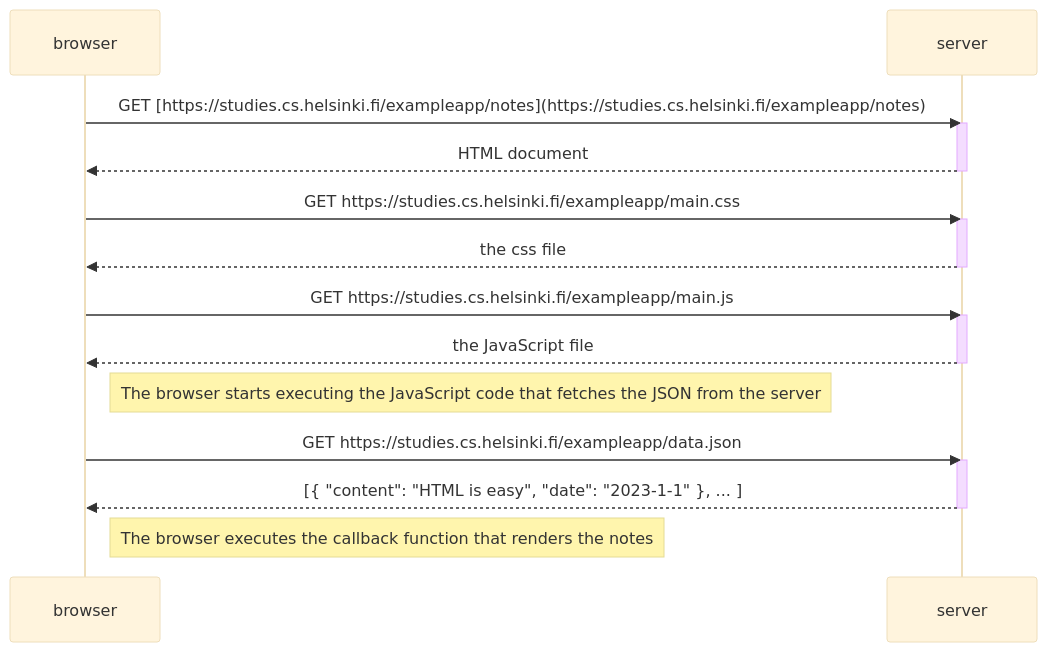
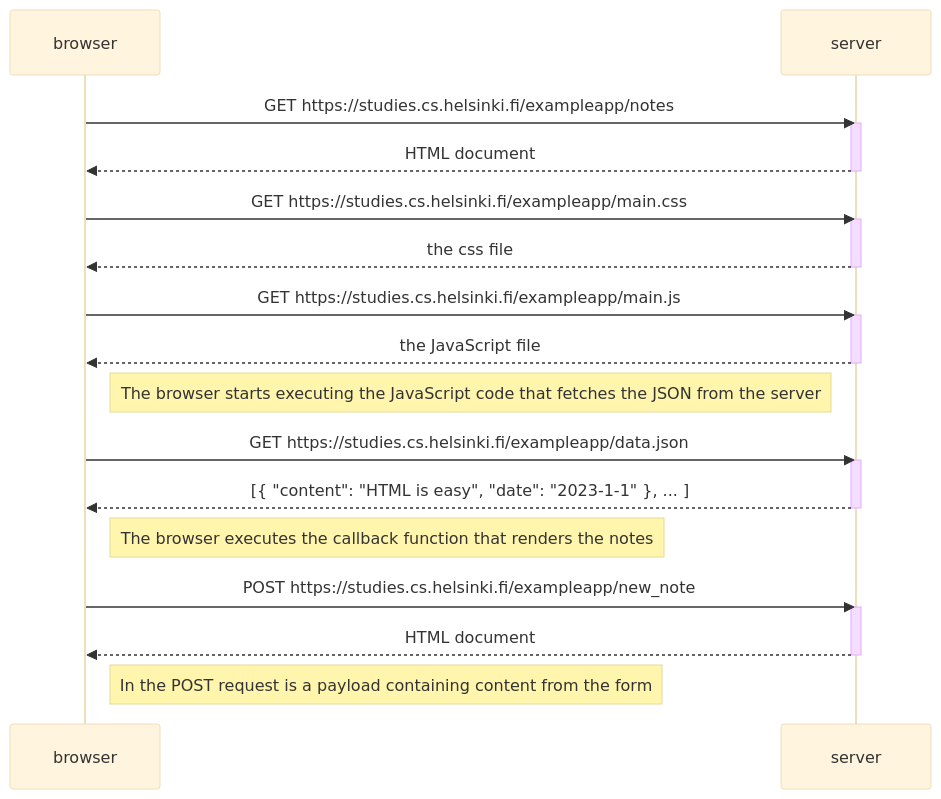
Before and after one commit to DavidBThomp/fullStackOpen: the diagram in README.md, drawn with Mermaid (base theme).

````diff
--- a/README.md
+++ b/README.md
@@ -7,29 +7,36 @@
 ```mermaid
 sequenceDiagram
     participant browser
     participant server
     
-    browser->>server: GET [https://studies.cs.helsinki.fi/exampleapp/notes](https://studies.cs.helsinki.fi/exampleapp/notes)
+    browser->>server: GET https://studies.cs.helsinki.fi/exampleapp/notes
     activate server
     server-->>browser: HTML document
     deactivate server
     
     browser->>server: GET https://studies.cs.helsinki.fi/exampleapp/main.css
     activate server
     server-->>browser: the css file
     deactivate server
     
     browser->>server: GET https://studies.cs.helsinki.fi/exampleapp/main.js
     activate server
     server-->>browser: the JavaScript file
     deactivate server
     
     Note right of browser: The browser starts executing the JavaScript code that fetches the JSON from the server
     
     browser->>server: GET https://studies.cs.helsinki.fi/exampleapp/data.json
     activate server
     server-->>browser: [{ "content": "HTML is easy", "date": "2023-1-1" }, ... ]
     deactivate server    
 
     Note right of browser: The browser executes the callback function that renders the notes 
+    
+    browser->>server: POST https://studies.cs.helsinki.fi/exampleapp/new_note
+    activate server
+    server-->>browser: HTML document
+    deactivate server    
+    
+    Note right of browser: In the POST request is a payload containing content from the form
 ```
````
